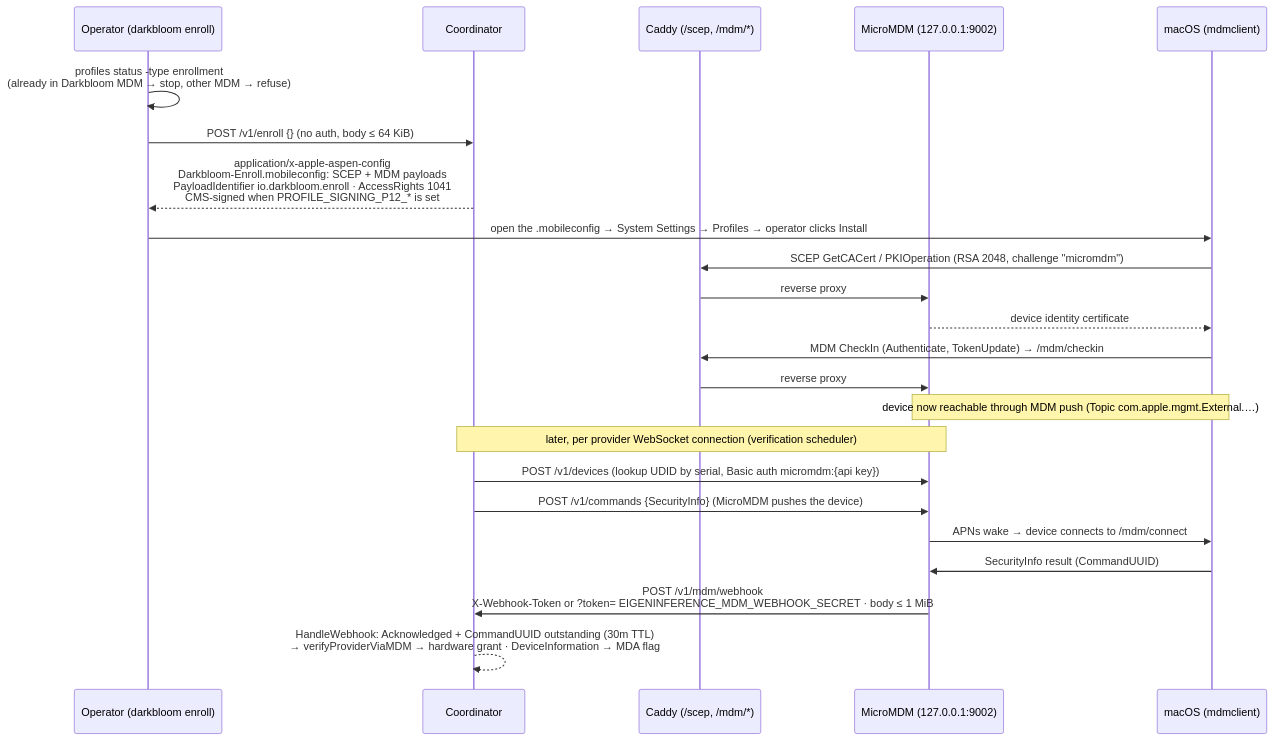
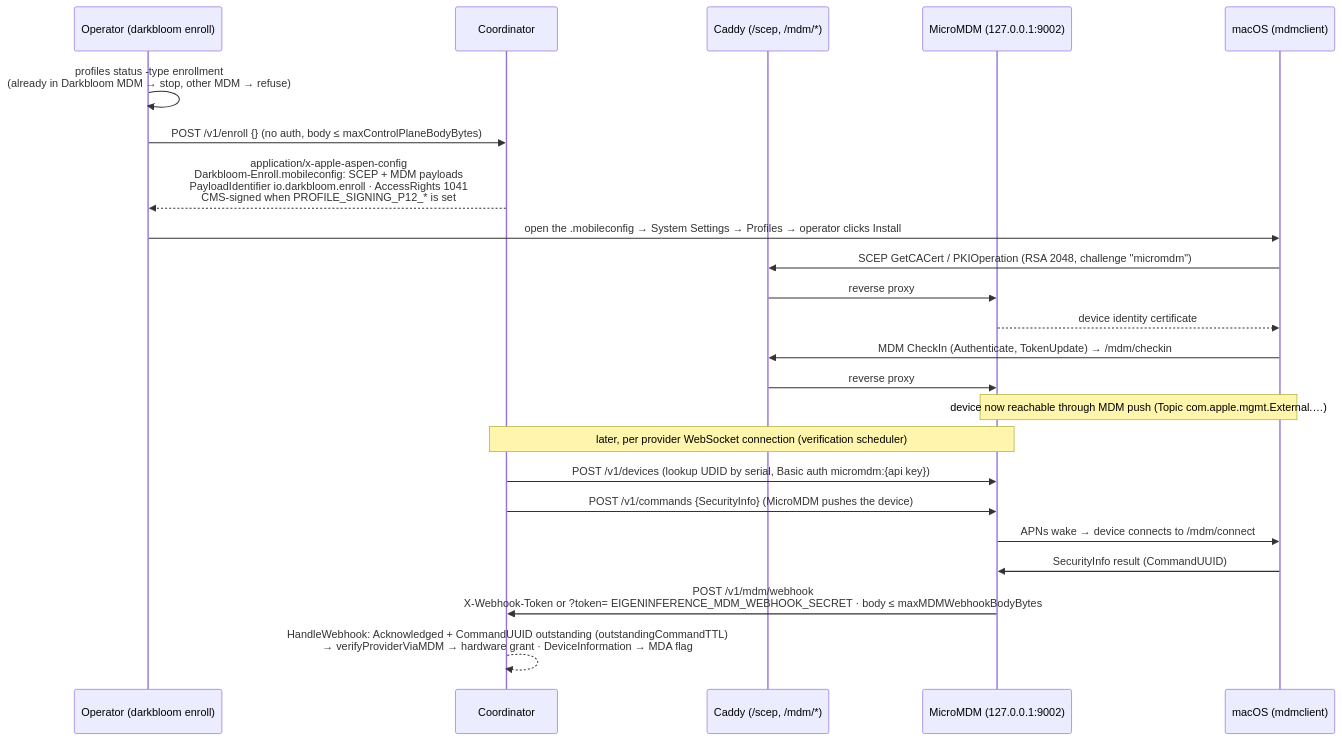
One commit to Layr-Labs/d-inference changed the diagram in docs/architecture/security/enrollment.md. Above: the diagram before and after it, drawn with Mermaid. The commit also changed other lines of this file and 50 other files, not shown here.

````diff
--- a/docs/architecture/security/enrollment.md
+++ b/docs/architecture/security/enrollment.md
@@ -22,27 +22,27 @@
 ```mermaid
 sequenceDiagram
     participant O as Operator (darkbloom enroll)
     participant K as Coordinator
     participant X as Caddy (/scep, /mdm/*)
     participant M as MicroMDM (127.0.0.1:9002)
     participant D as macOS (mdmclient)
 
     O->>O: profiles status -type enrollment<br/>(already in Darkbloom MDM → stop, other MDM → refuse)
-    O->>K: POST /v1/enroll {} (no auth, body ≤ 64 KiB)
+    O->>K: POST /v1/enroll {} (no auth, body ≤ maxControlPlaneBodyBytes)
     K-->>O: application/x-apple-aspen-config<br/>Darkbloom-Enroll.mobileconfig: SCEP + MDM payloads<br/>PayloadIdentifier io.darkbloom.enroll · AccessRights 1041<br/>CMS-signed when PROFILE_SIGNING_P12_* is set
     O->>D: open the .mobileconfig → System Settings → Profiles → operator clicks Install
     D->>X: SCEP GetCACert / PKIOperation (RSA 2048, challenge "micromdm")
     X->>M: reverse proxy
     M-->>D: device identity certificate
     D->>X: MDM CheckIn (Authenticate, TokenUpdate) → /mdm/checkin
     X->>M: reverse proxy
     Note over D,M: device now reachable through MDM push (Topic com.apple.mgmt.External.…)
 
     Note over K,M: later, per provider WebSocket connection (verification scheduler)
     K->>M: POST /v1/devices (lookup UDID by serial, Basic auth micromdm:{api key})
     K->>M: POST /v1/commands {SecurityInfo} (MicroMDM pushes the device)
     M->>D: APNs wake → device connects to /mdm/connect
     D->>M: SecurityInfo result (CommandUUID)
-    M->>K: POST /v1/mdm/webhook<br/>X-Webhook-Token or ?token= EIGENINFERENCE_MDM_WEBHOOK_SECRET · body ≤ 1 MiB
-    K-->>K: HandleWebhook: Acknowledged + CommandUUID outstanding (30m TTL)<br/>→ verifyProviderViaMDM → hardware grant · DeviceInformation → MDA flag
+    M->>K: POST /v1/mdm/webhook<br/>X-Webhook-Token or ?token= EIGENINFERENCE_MDM_WEBHOOK_SECRET · body ≤ maxMDMWebhookBodyBytes
+    K-->>K: HandleWebhook: Acknowledged + CommandUUID outstanding (outstandingCommandTTL)<br/>→ verifyProviderViaMDM → hardware grant · DeviceInformation → MDA flag
 ```
````
